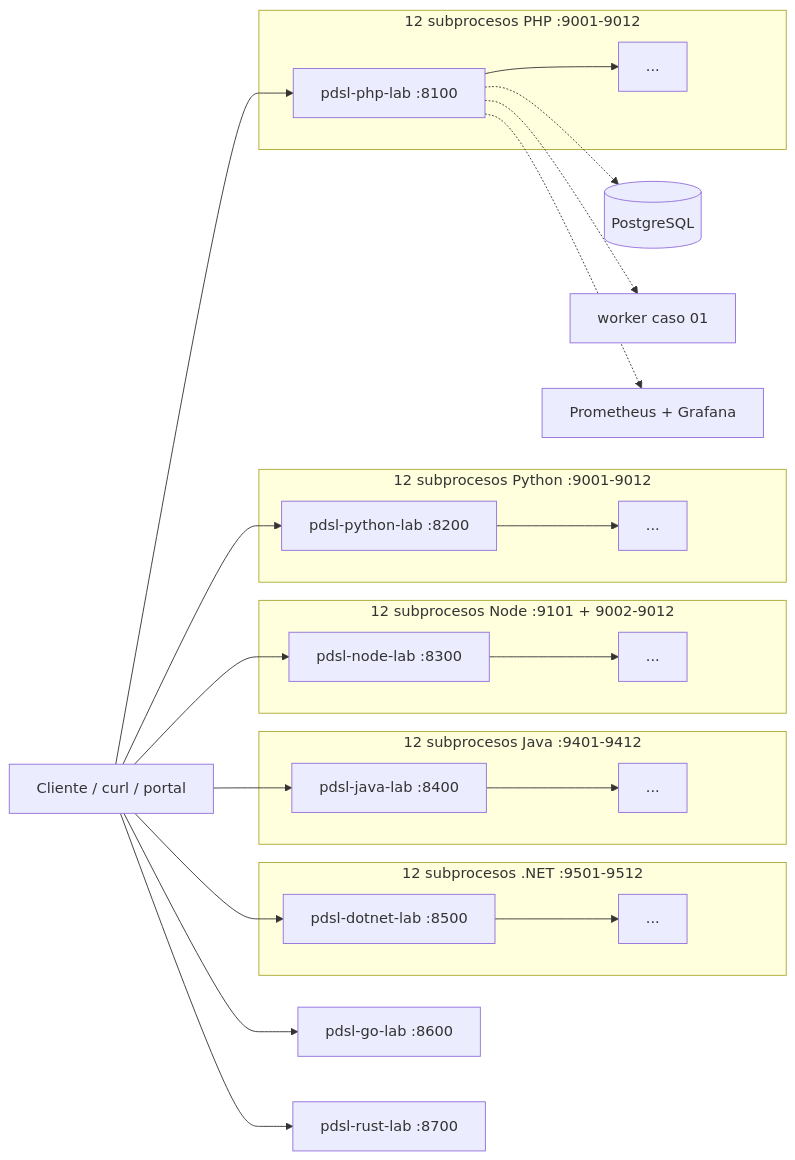
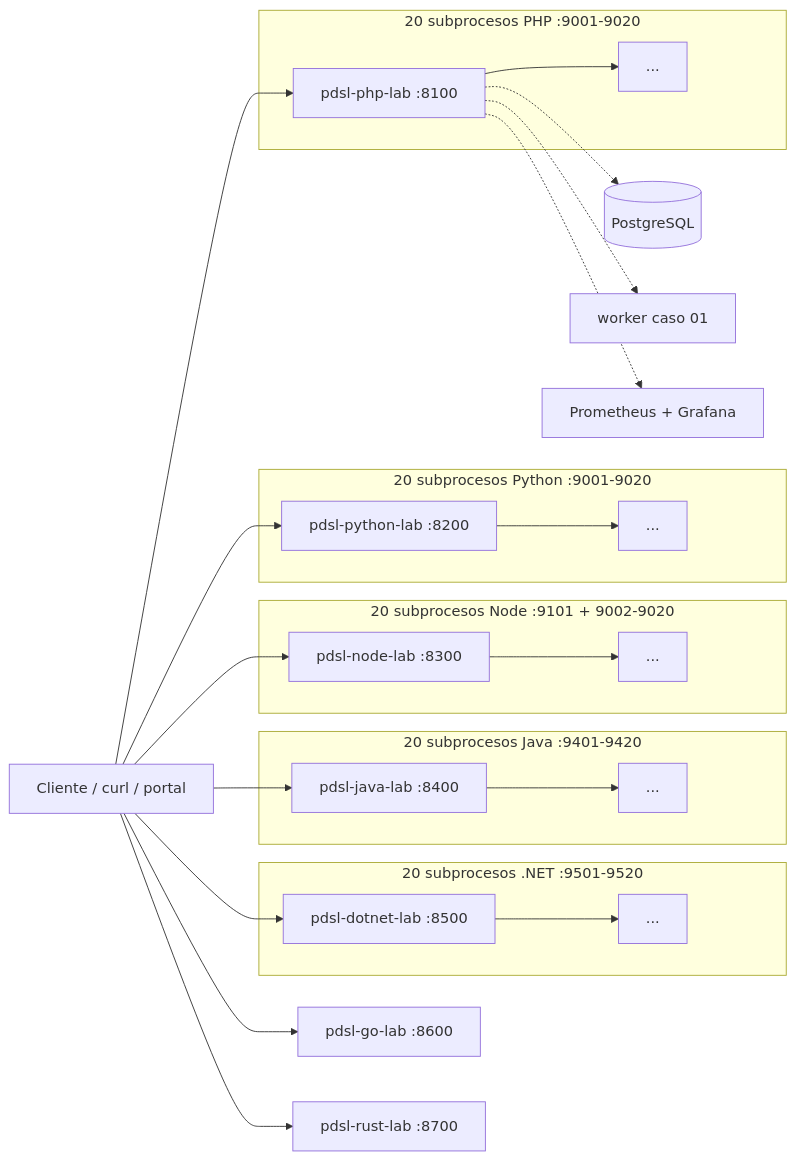
Before and after one commit to vladimiracunadev-create/problem-driven-systems-lab: the diagram in docs/docker-strategy.md, drawn with Mermaid. The commit also changed other lines of this file and 313 other files, not shown here.

````diff
--- a/docs/docker-strategy.md
+++ b/docs/docker-strategy.md
@@ -42,31 +42,31 @@
 ```mermaid
 flowchart LR
     client[Cliente / curl / portal]
     client --> php_lab["pdsl-php-lab :8100"]
     client --> py_lab["pdsl-python-lab :8200"]
     client --> node_lab["pdsl-node-lab :8300"]
     client --> java_lab["pdsl-java-lab :8400"]
     client --> net_lab["pdsl-dotnet-lab :8500"]
     client --> go_lab["pdsl-go-lab :8600"]
     client --> rs_lab["pdsl-rust-lab :8700"]
 
-    subgraph php_internal["12 subprocesos PHP :9001-9012"]
+    subgraph php_internal["20 subprocesos PHP :9001-9020"]
         php_lab --> p1["..."]
     end
-    subgraph py_internal["12 subprocesos Python :9001-9012"]
+    subgraph py_internal["20 subprocesos Python :9001-9020"]
         py_lab --> py1["..."]
     end
-    subgraph node_internal["12 subprocesos Node :9101 + 9002-9012"]
+    subgraph node_internal["20 subprocesos Node :9101 + 9002-9020"]
         node_lab --> n1["..."]
     end
-    subgraph java_internal["12 subprocesos Java :9401-9412"]
+    subgraph java_internal["20 subprocesos Java :9401-9420"]
         java_lab --> j1["..."]
     end
-    subgraph net_internal["12 subprocesos .NET :9501-9512"]
+    subgraph net_internal["20 subprocesos .NET :9501-9520"]
         net_lab --> d1["..."]
     end
 
     php_lab -.-> pg[("PostgreSQL")]
     php_lab -.-> w["worker caso 01"]
     php_lab -.-> prom["Prometheus + Grafana"]
 ```
````
